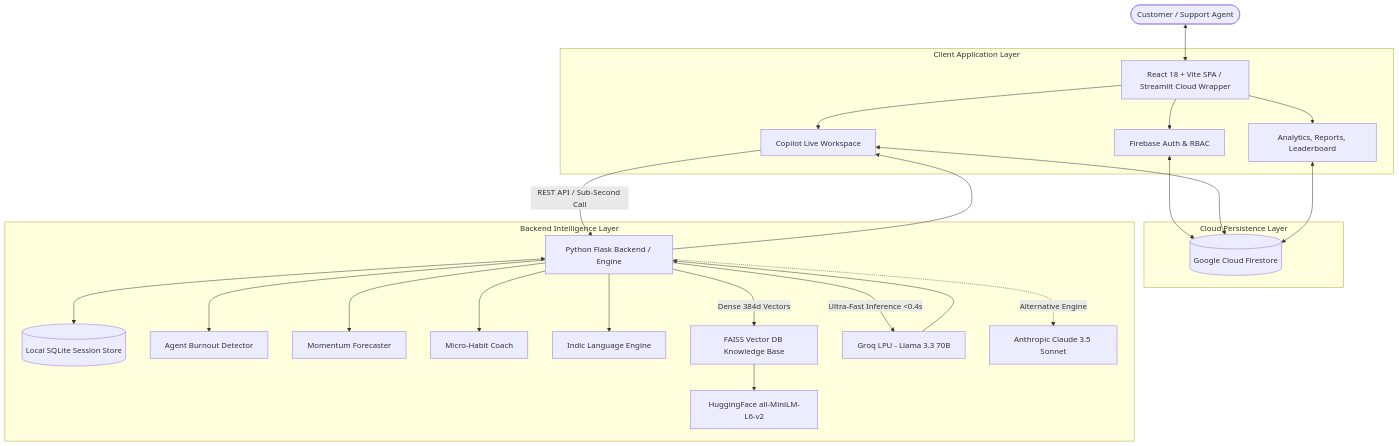
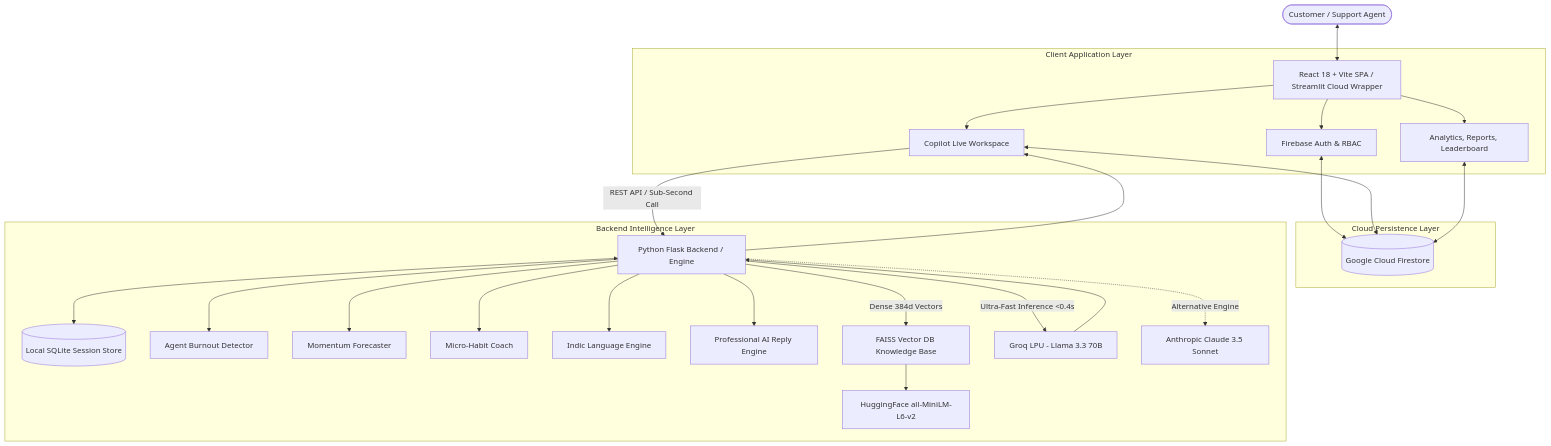
Before and after one commit to Guptanshu44/Customer-support-assistant: the diagram in README.md, drawn with Mermaid. The commit also changed other lines of this file, not shown here.

````diff
--- a/README.md
+++ b/README.md
@@ -143,35 +61,36 @@
 ```mermaid
 graph TD
     User([Customer / Support Agent]) <--> Frontend[React 18 + Vite SPA / Streamlit Cloud Wrapper]
     
     subgraph Client Application Layer
         Frontend --> AuthState[Firebase Auth &amp; RBAC]
         Frontend --> Workspace[Copilot Live Workspace]
         Frontend --> Dashboards[Analytics, Reports, Leaderboard]
     end
 
     subgraph Cloud Persistence Layer
         AuthState <--> Firestore[(Google Cloud Firestore)]
         Workspace <--> Firestore
         Dashboards <--> Firestore
     end
 
     subgraph Backend Intelligence Layer
         Workspace -->|REST API / Sub-Second Call| FlaskServer[Python Flask Backend / Engine]
         FlaskServer <--> SQLiteDB[(Local SQLite Session Store)]
         
         FlaskServer --> EngineBurnout[Agent Burnout Detector]
         FlaskServer --> EngineMomentum[Momentum Forecaster]
         FlaskServer --> EngineHabit[Micro-Habit Coach]
         FlaskServer --> EngineIndic[Indic Language Engine]
+        FlaskServer --> EngineReply[Professional AI Reply Engine]
         
         FlaskServer -->|Dense 384d Vectors| FAISS[FAISS Vector DB Knowledge Base]
         FAISS --> Embeddings[HuggingFace all-MiniLM-L6-v2]
         
         FlaskServer -->|Ultra-Fast Inference &lt;0.4s| GroqLLM[Groq LPU - Llama 3.3 70B]
         FlaskServer -.->|Alternative Engine| ClaudeLLM[Anthropic Claude 3.5 Sonnet]
     end
 
     GroqLLM --> FlaskServer
     FlaskServer --> Workspace
 ```
````
